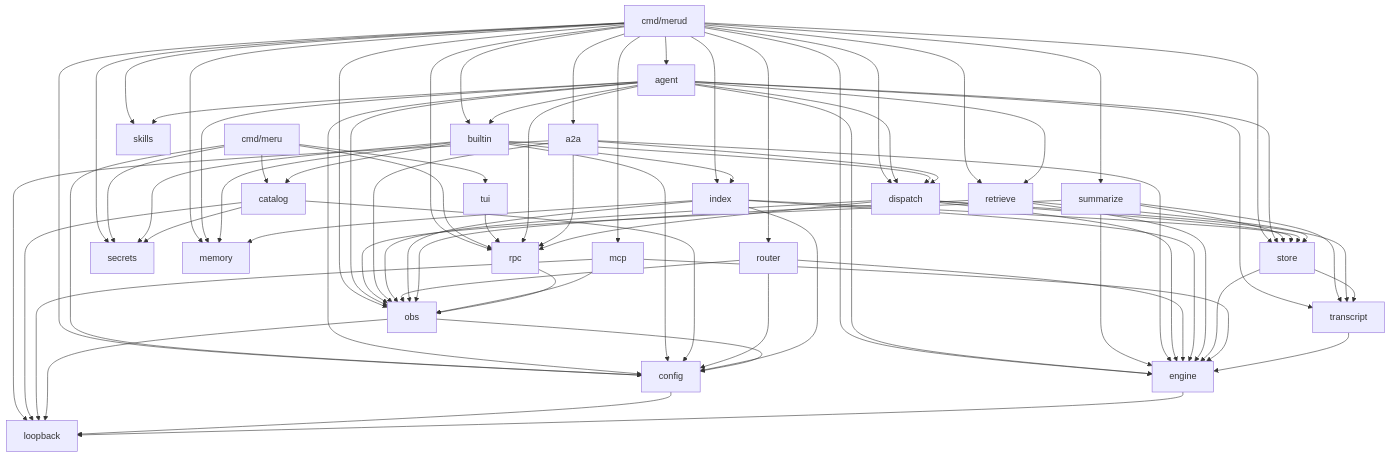
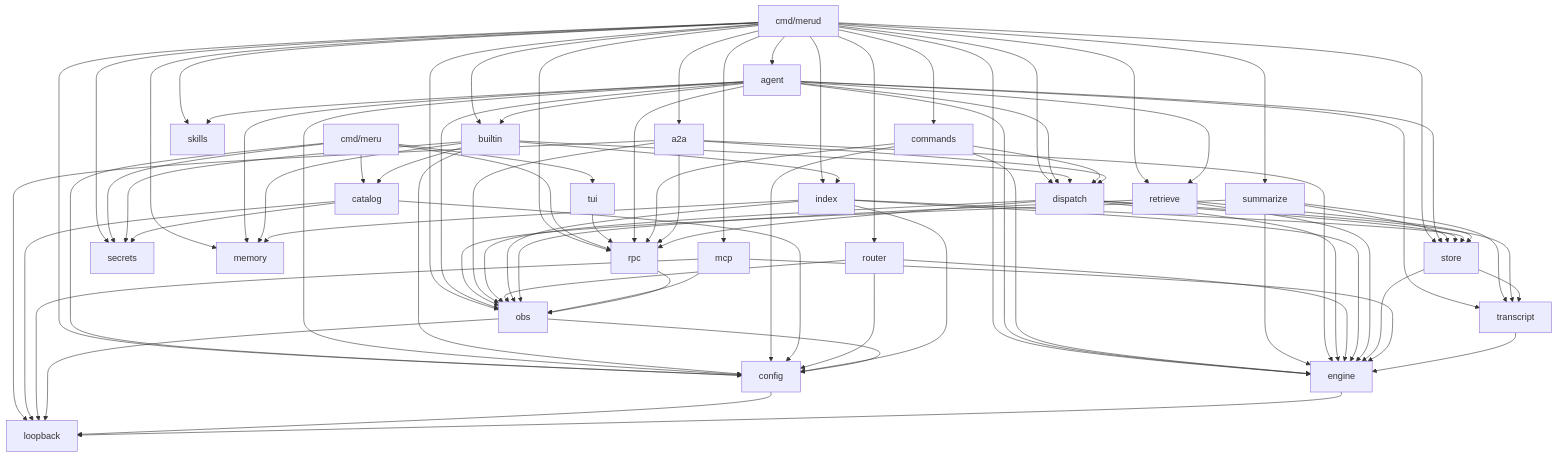
Before and after one commit to aarora79/meru: the first of 3 diagrams in docs/lld.md, drawn with Mermaid. The commit also changed other lines of this file and 57 other files, not shown here.

````diff
--- a/docs/lld.md
+++ b/docs/lld.md
@@ -69,26 +70,27 @@
 ```mermaid
 flowchart TD
     merud["cmd/merud"] --> agent & router & rpc & obs & engine & config
     merud --> index & retrieve & store
-    merud --> dispatch & mcp & a2a & builtin & secrets
+    merud --> dispatch & mcp & a2a & builtin & commands & secrets
     merud --> memory & skills & summarize
     meru["cmd/meru"] --> tui & rpc & config & catalog & secrets
     tui --> rpc
     agent --> dispatch & transcript & engine & rpc & obs & config & retrieve
     agent --> store & memory & skills & builtin
     builtin --> dispatch & catalog & secrets & config & memory & index
+    commands --> dispatch & engine & rpc & config
     summarize --> store & engine & obs & transcript
     a2a --> dispatch & engine & rpc & obs & loopback
     dispatch --> store & transcript & engine & rpc & obs
     catalog --> config & secrets & loopback
     router --> engine & obs & config
     index --> store & engine & obs & config & memory
     retrieve --> store & engine & obs
     store --> transcript & engine
     mcp --> engine & obs & loopback
     transcript --> engine
     rpc --> obs
     obs --> config & loopback
     config --> loopback
     engine --> loopback
 ```
````
